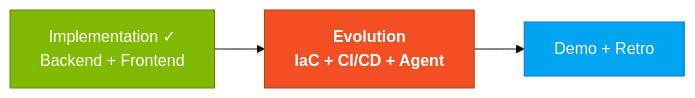
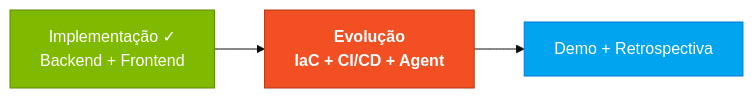
One commit to paulasilvatech/hackathon-datacorp-team-kit changed the first of 2 diagrams in pt-br/04-evolucao/README.md. Above: the diagram before and after it, drawn with Mermaid (base theme). The commit also changed other lines of this file and 172 other files, not shown here.

````diff
--- a/pt-br/04-evolucao/README.md
+++ b/pt-br/04-evolucao/README.md
@@ -22,12 +22,12 @@
 ```mermaid
 flowchart LR
  classDef done fill:#7FBA00,stroke:#5C8700,color:#fff
  classDef current fill:#F25022,stroke:#B33816,color:#fff,font-weight:bold
  classDef demo fill:#00A4EF,stroke:#0078D4,color:#fff
 
- IM[Implementation ✓<br/>Backend + Frontend]:::done
- EV[Evolution<br/>IaC + CI/CD + Agent]:::current
- DM[Demo + Retro]:::demo
+ IM[Implementação ✓<br/>Backend + Frontend]:::done
+ EV[Evolução<br/>IaC + CI/CD + Agent]:::current
+ DM[Demo + Retrospectiva]:::demo
 
  IM --> EV --> DM
 ```
````
